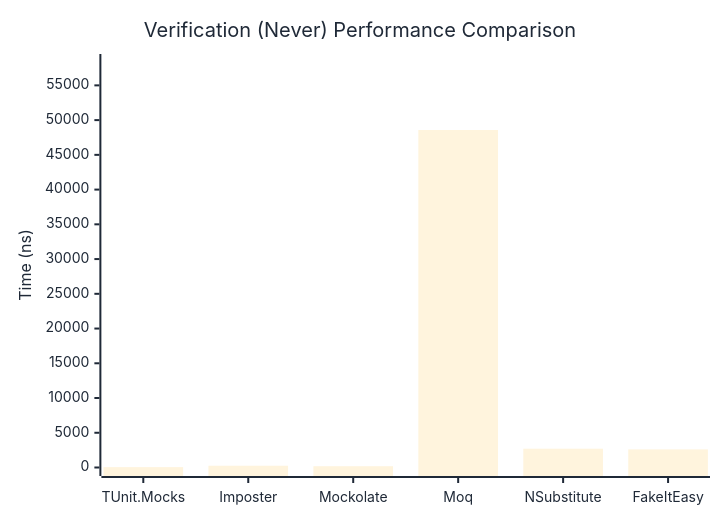
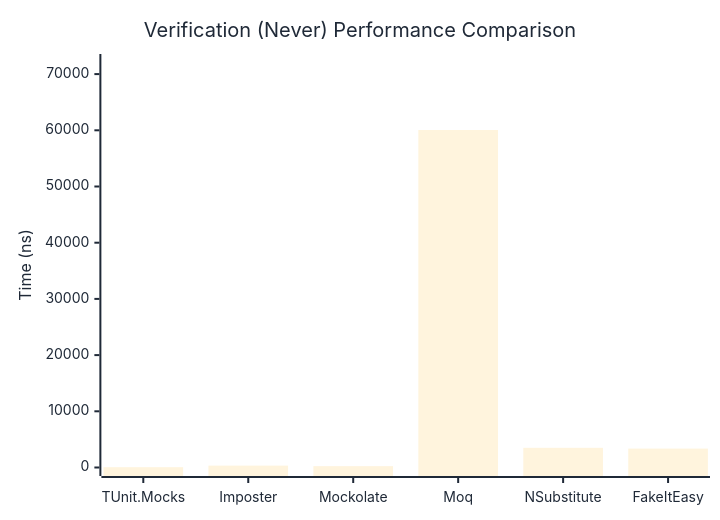
The second of 3 diagrams in docs/docs/benchmarks/mocks/Verification.md (thomhurst/TUnit), drawn with Mermaid before and after one commit. The commit also changed other lines of this file and 14 other files, not shown here.

````diff
--- a/docs/docs/benchmarks/mocks/Verification.md
+++ b/docs/docs/benchmarks/mocks/Verification.md
@@ -69,27 +69,27 @@
 ```mermaid
 %%{init: {
   'theme':'base',
   'themeVariables': {
     'primaryColor': '#2563eb',
     'primaryTextColor': '#1f2937',
     'primaryBorderColor': '#1e40af',
     'lineColor': '#6b7280',
     'secondaryColor': '#7c3aed',
     'tertiaryColor': '#dc2626',
     'background': '#ffffff',
     'pie1': '#2563eb',
     'pie2': '#7c3aed',
     'pie3': '#dc2626',
     'pie4': '#f59e0b',
     'pie5': '#10b981',
     'pie6': '#06b6d4',
     'pie7': '#ec4899',
     'pie8': '#6366f1'
   }
 }}%%
 xychart-beta
   title "Verification (Never) Performance Comparison"
   x-axis ["TUnit.Mocks", "Imposter", "Mockolate", "Moq", "NSubstitute", "FakeItEasy"]
-  y-axis "Time (ns)" 0 --> 58292
-  bar [52.34, 254.96, 183.21, 48576.3, 2706.91, 2607.87]
+  y-axis "Time (ns)" 0 --> 72064
+  bar [54.32, 336.44, 239.15, 60052.67, 3500.96, 3363.45]
 ```
````
